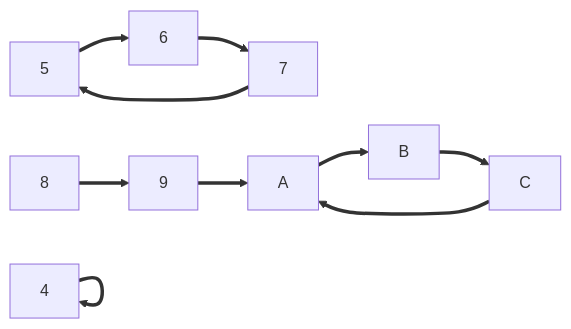
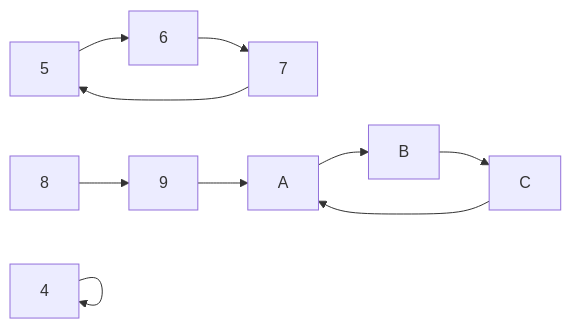
One commit to raganwald/raganwald.github.com changed the fifth of 13 diagrams in _posts/2026-02-15-nuralagus-rex.md. Above: the diagram before and after it, drawn with Mermaid. The commit also changed other lines of this file, not shown here.

```diff
--- a/_posts/2026-02-15-nuralagus-rex.md
+++ b/_posts/2026-02-15-nuralagus-rex.md
@@ -84,20 +84,20 @@
 <div class="mermaid">
   graph LR
     a["4"]
 
-    a==>a
+    a-->a
 
     b["5"]
     c["6"]
     d["7"]
 
-    b==>c==>d==>b
+    b-->c-->d-->b
 
     e["8"]
     f["9"]
     g["A"]
     h["B"]
     i["C"]
 
-    e==>f==>g==>h==>i==>g
+    e-->f-->g-->h-->i-->g
 </div>
```
